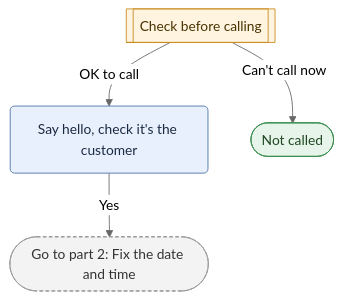
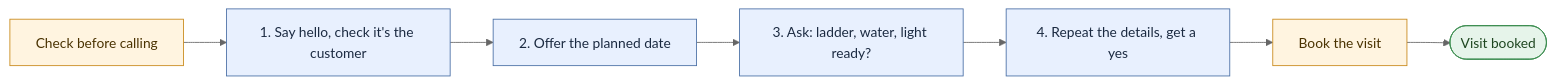
The diagram in flows/service-scheduling/README.md (krupalvora-SSE/hackathon), drawn with Mermaid (neutral theme) before and after one commit. The commit also changed other lines of this file and 4 other files, not shown here.

First line of the commit message:
SSE-15527: Simpler flow page and README: one main line + decision tables

````diff
--- a/flows/service-scheduling/README.md
+++ b/flows/service-scheduling/README.md
@@ -130,15 +102,14 @@
 ```mermaid
-flowchart TD
-  PRE_CALL[["Check before calling"]]:::system
-  GREET("Say hello, check it's the customer"):::talk
-  NOT_DIALLED(["Not called"]):::terminal
-  PRE_CALL -->|"OK to call"| GREET
-  PRE_CALL -->|"Can't call now"| NOT_DIALLED
-  GREET -->|"Yes"| OUT_slot
-  OUT_slot(["Go to part 2: Fix the date and time"]):::jump
+flowchart LR
+  P0["Check before calling"]:::sys
+  P1["1. Say hello, check it's the customer"]:::talk
+  P2["2. Offer the planned date"]:::talk
+  P3["3. Ask: ladder, water, light ready?"]:::talk
+  P4["4. Repeat the details, get a yes"]:::talk
+  P5["Book the visit"]:::sys
+  P6(["Visit booked"]):::end_
+  P0 --> P1 --> P2 --> P3 --> P4 --> P5 --> P6
   classDef talk fill:#E8F0FE,stroke:#4A6FA5,color:#1B2A41
-  classDef system fill:#FFF4E0,stroke:#C98A1B,color:#4A3200
-  classDef terminal fill:#E6F4EA,stroke:#3C8D50,color:#1E4620
-  classDef jump fill:#F3F3F3,stroke:#999,color:#333,stroke-dasharray:4 3
-  classDef any fill:#FDECEA,stroke:#C0504D,color:#5A1A18
+  classDef sys fill:#FFF4E0,stroke:#C98A1B,color:#4A3200
+  classDef end_ fill:#E6F4EA,stroke:#3C8D50,color:#1E4620
 ```
````
